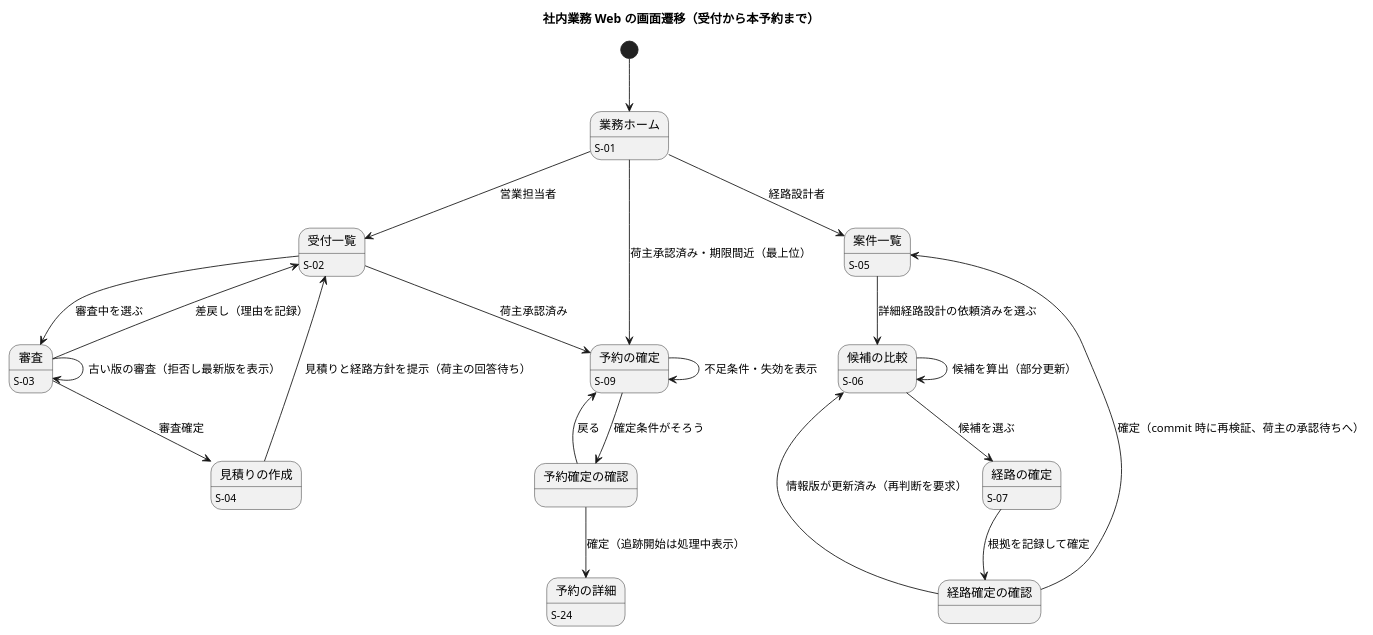
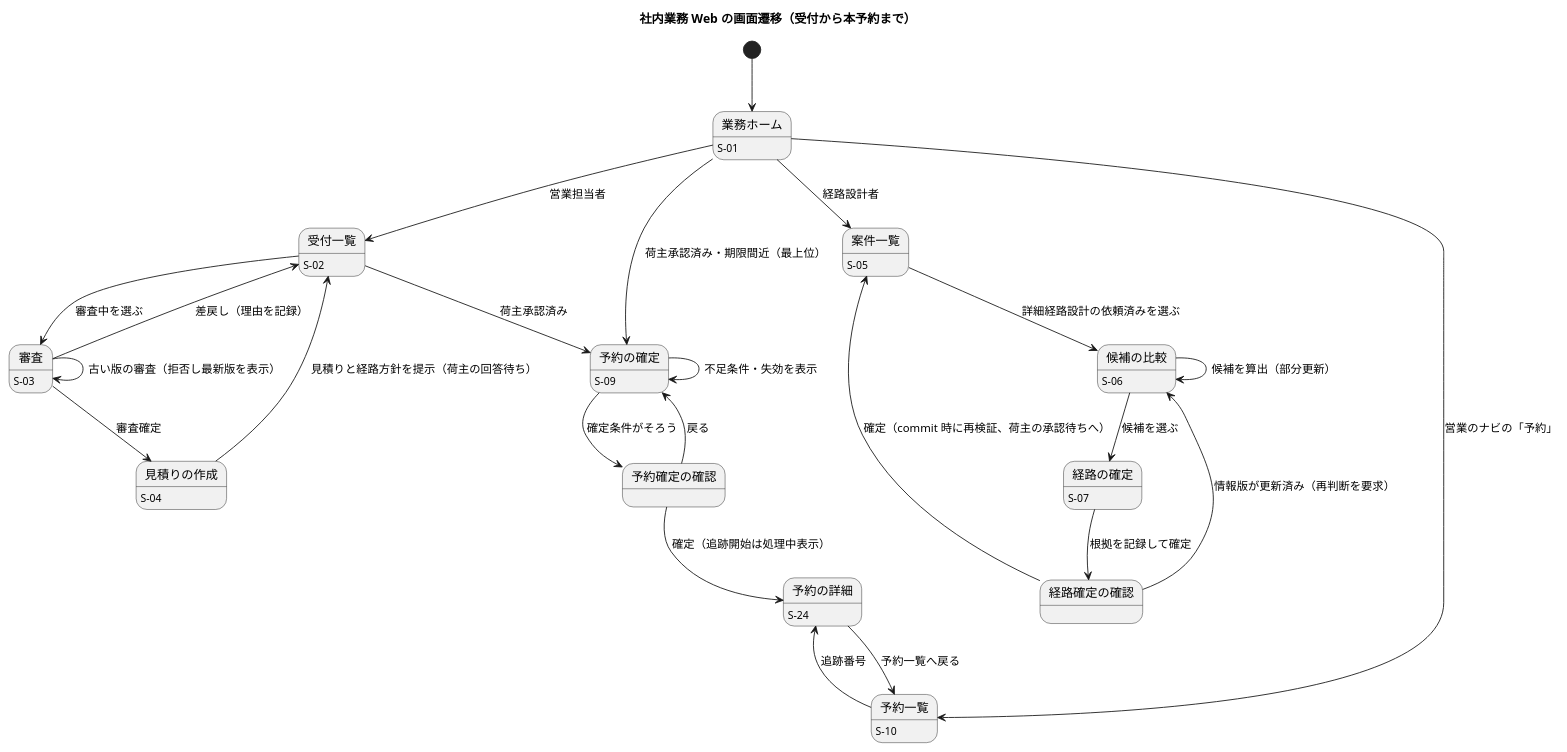
Before and after one commit to k2works/practical-domain-driven-design-in-enterpris-application: the fifth of 22 diagrams in docs/design/cargo-tracker/ui_design.md, drawn with PlantUML. The commit also changed other lines of this file and 20 other files, not shown here.

````diff
--- a/docs/design/cargo-tracker/ui_design.md
+++ b/docs/design/cargo-tracker/ui_design.md
@@ -338,35 +339,39 @@
 ```plantuml
 @startuml
 title 社内業務 Web の画面遷移（受付から本予約まで）
 [*] --> 業務ホーム
 業務ホーム : S-01
 受付一覧 : S-02
 審査 : S-03
 見積りの作成 : S-04
 案件一覧 : S-05
 候補の比較 : S-06
 経路の確定 : S-07
 予約の確定 : S-09
 予約の詳細 : S-24
+予約一覧 : S-10
 
 業務ホーム --> 受付一覧 : 営業担当者
 受付一覧 --> 審査 : 審査中を選ぶ
 審査 --> 受付一覧 : 差戻し（理由を記録）
 審査 --> 審査 : 古い版の審査（拒否し最新版を表示）
 審査 --> 見積りの作成 : 審査確定
 見積りの作成 --> 受付一覧 : 見積りと経路方針を提示（荷主の回答待ち）
 業務ホーム --> 案件一覧 : 経路設計者
 案件一覧 --> 候補の比較 : 詳細経路設計の依頼済みを選ぶ
 候補の比較 --> 候補の比較 : 候補を算出（部分更新）
 候補の比較 --> 経路の確定 : 候補を選ぶ
 経路の確定 --> 経路確定の確認 : 根拠を記録して確定
 経路確定の確認 --> 案件一覧 : 確定（commit 時に再検証、荷主の承認待ちへ）
 経路確定の確認 --> 候補の比較 : 情報版が更新済み（再判断を要求）
 業務ホーム --> 予約の確定 : 荷主承認済み・期限間近（最上位）
 受付一覧 --> 予約の確定 : 荷主承認済み
 予約の確定 --> 予約確定の確認 : 確定条件がそろう
 予約確定の確認 --> 予約の詳細 : 確定（追跡開始は処理中表示）
 予約確定の確認 --> 予約の確定 : 戻る
 予約の確定 --> 予約の確定 : 不足条件・失効を表示
+業務ホーム --> 予約一覧 : 営業のナビの「予約」
+予約一覧 --> 予約の詳細 : 追跡番号
+予約の詳細 --> 予約一覧 : 予約一覧へ戻る
 @enduml
 ```
````
